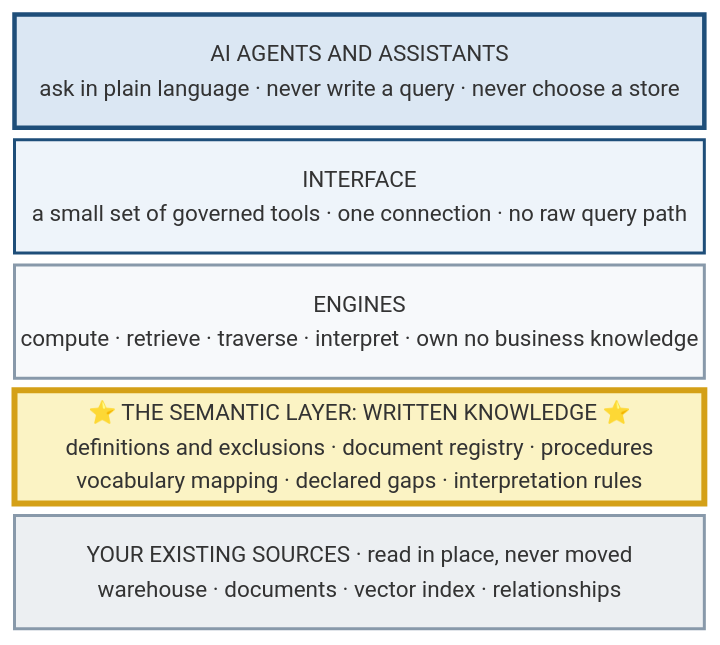
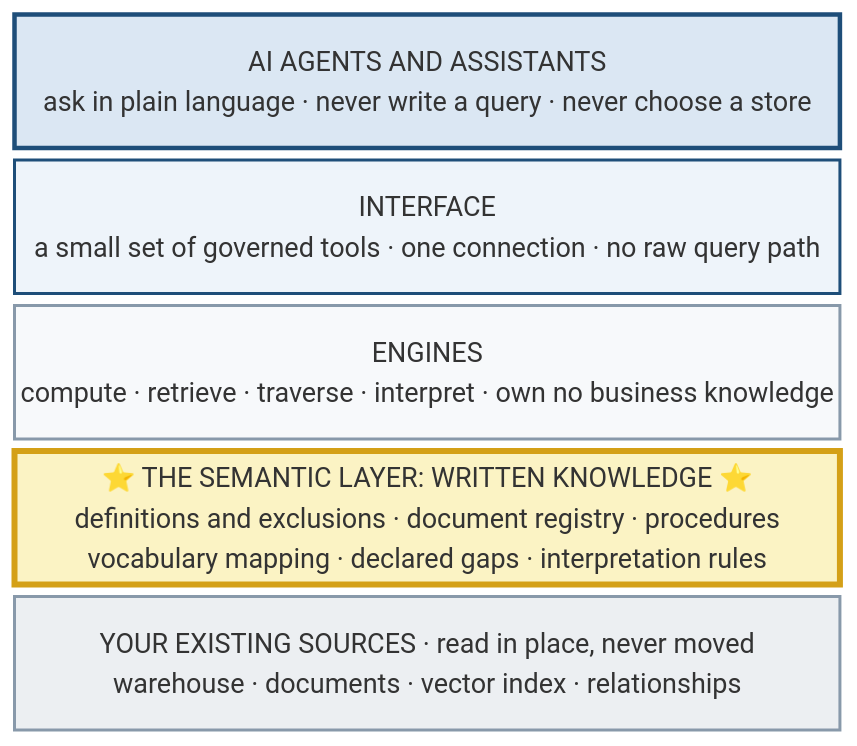
One commit to benkohcc/semantic-layer-for-ai-agents changed the second of 3 diagrams in README.md. Above: the diagram before and after it, drawn with Mermaid. The commit also changed other lines of this file, not shown here.

First line of the commit message:
Bold the headers inside diagram nodes and raise the font size

````diff
--- a/README.md
+++ b/README.md
@@ -142,32 +143,33 @@
 ```mermaid
+%%{init: {'themeVariables': {'fontSize': '18px'}}}%%
 block-beta
   columns 1
 
   ag["AI AGENTS AND ASSISTANTS
   ask in plain language · never write a query · never choose a store"]
 
   i["INTERFACE
   a small set of governed tools · one connection · no raw query path"]
 
   e["ENGINES
   compute · retrieve · traverse · interpret · own no business knowledge"]
 
-  k["⭐  THE SEMANTIC LAYER: WRITTEN KNOWLEDGE  ⭐
+  k["⭐ THE SEMANTIC LAYER: WRITTEN KNOWLEDGE ⭐
   definitions and exclusions · document registry · procedures
   vocabulary mapping · declared gaps · interpretation rules"]
 
   d["YOUR EXISTING SOURCES · read in place, never moved
   warehouse · documents · vector index · relationships"]
 
-  classDef agent fill:#dbe7f3,stroke:#1e4e79,stroke-width:3px,color:#16293b,font-size:15px;
-  classDef iface fill:#eef4fa,stroke:#1e4e79,stroke-width:2px,color:#16293b,font-size:15px;
-  classDef eng fill:#f7f9fb,stroke:#8899aa,stroke-width:2px,color:#16293b,font-size:15px;
-  classDef know fill:#fbf3c4,stroke:#d4a017,stroke-width:4px,color:#16293b,font-size:15px;
-  classDef src fill:#eceff2,stroke:#8899aa,stroke-width:2px,color:#16293b,font-size:15px;
+  classDef agent fill:#dbe7f3,stroke:#1e4e79,stroke-width:3px,color:#16293b;
+  classDef iface fill:#eef4fa,stroke:#1e4e79,stroke-width:2px,color:#16293b;
+  classDef eng fill:#f7f9fb,stroke:#8899aa,stroke-width:2px,color:#16293b;
+  classDef know fill:#fbf3c4,stroke:#d4a017,stroke-width:4px,color:#16293b;
+  classDef src fill:#eceff2,stroke:#8899aa,stroke-width:2px,color:#16293b;
 
   class ag agent
   class i iface
   class e eng
   class k know
   class d src
 ```
````
